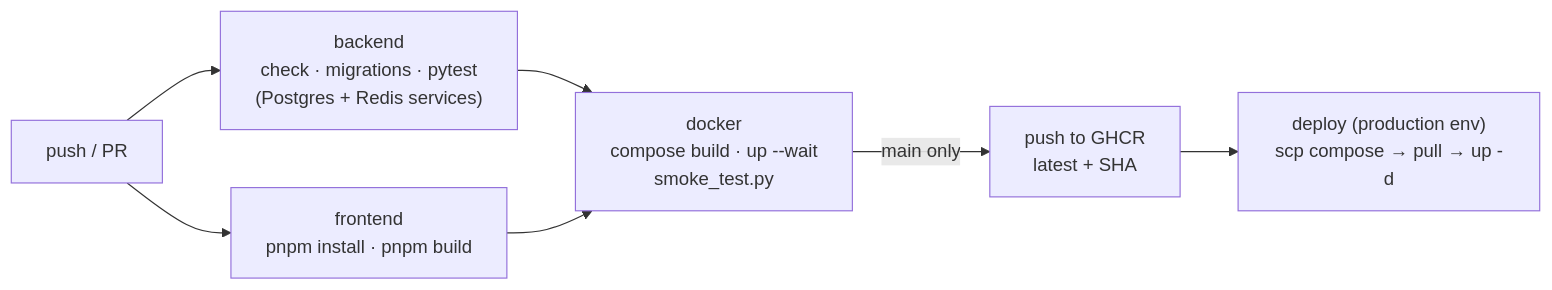
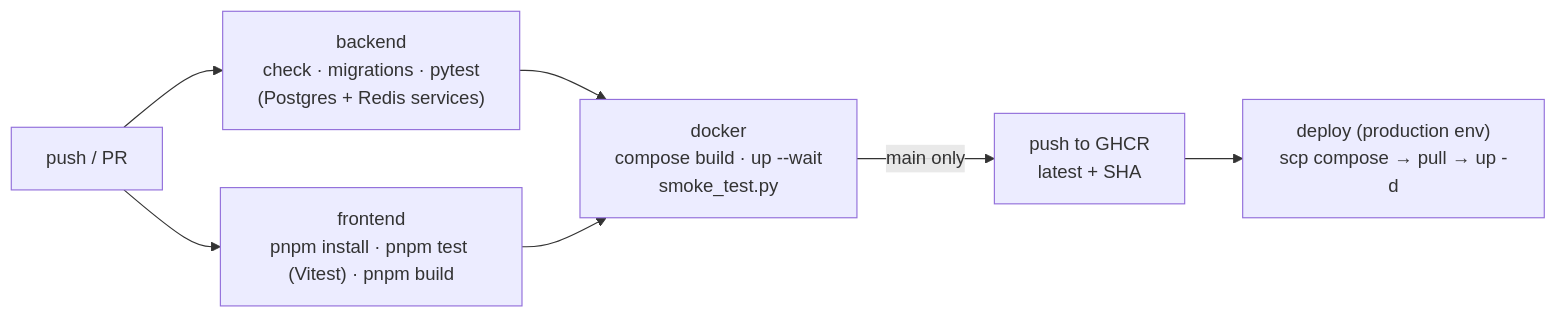
Before and after one commit to Abhishek-Gangwar-18/nexvia-capstone-project-submission: the seventh of 7 diagrams in docs/ARCHITECTURE.md, drawn with Mermaid. The commit also changed other lines of this file and 2 other files, not shown here.

First line of the commit message:
docs: README+docs: document the schema review, background workspace deletion, hashed invite links and frontend tests

````diff
--- a/docs/ARCHITECTURE.md
+++ b/docs/ARCHITECTURE.md
@@ -719,9 +823,9 @@
 ```mermaid
 flowchart LR
     P["push / PR"] --> BE["backend<br/>check · migrations · pytest<br/>(Postgres + Redis services)"]
-    P --> FE["frontend<br/>pnpm install · pnpm build"]
+    P --> FE["frontend<br/>pnpm install · pnpm test (Vitest) · pnpm build"]
     BE --> D["docker<br/>compose build · up --wait<br/>smoke_test.py"]
     FE --> D
     D -- "main only" --> G["push to GHCR<br/>latest + SHA"]
     G --> DEP["deploy (production env)<br/>scp compose → pull → up -d"]
 ```
````
